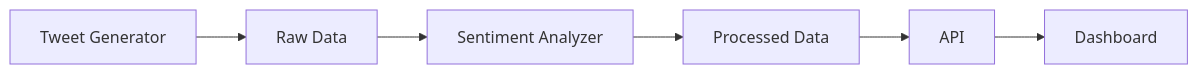
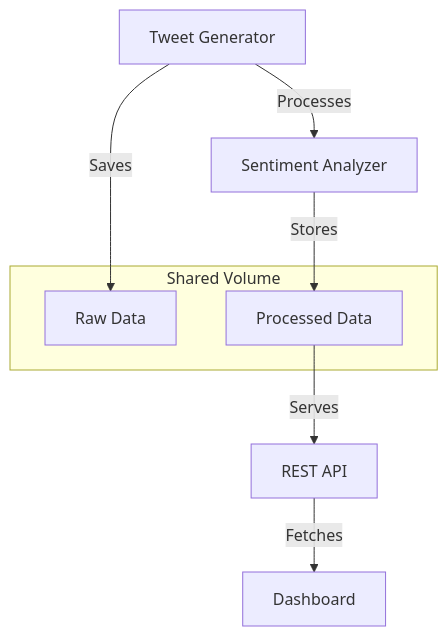
The diagram in README.md (Naushil7/twitter-sentiment-pipeline), drawn with Mermaid before and after one commit. The commit also changed other lines of this file, not shown here.

````diff
--- a/README.md
+++ b/README.md
@@ -44,8 +25,14 @@
 ```mermaid
-graph LR
-  A[Tweet Generator] --> B[Raw Data]
-  B --> C[Sentiment Analyzer]
-  C --> D[Processed Data]
-  D --> E[API]
-  E --> F[Dashboard]
+graph TD
+    A[Tweet Generator] -->|Saves| B[Raw Data]
+    A -->|Processes| C[Sentiment Analyzer]
+    C -->|Stores| D[Processed Data]
+    D -->|Serves| E[REST API]
+    E -->|Fetches| F[Dashboard]
+
+    %% Shared Volume Section
+    subgraph "Shared Volume"
+        B
+        D
+    end
 ```
````
